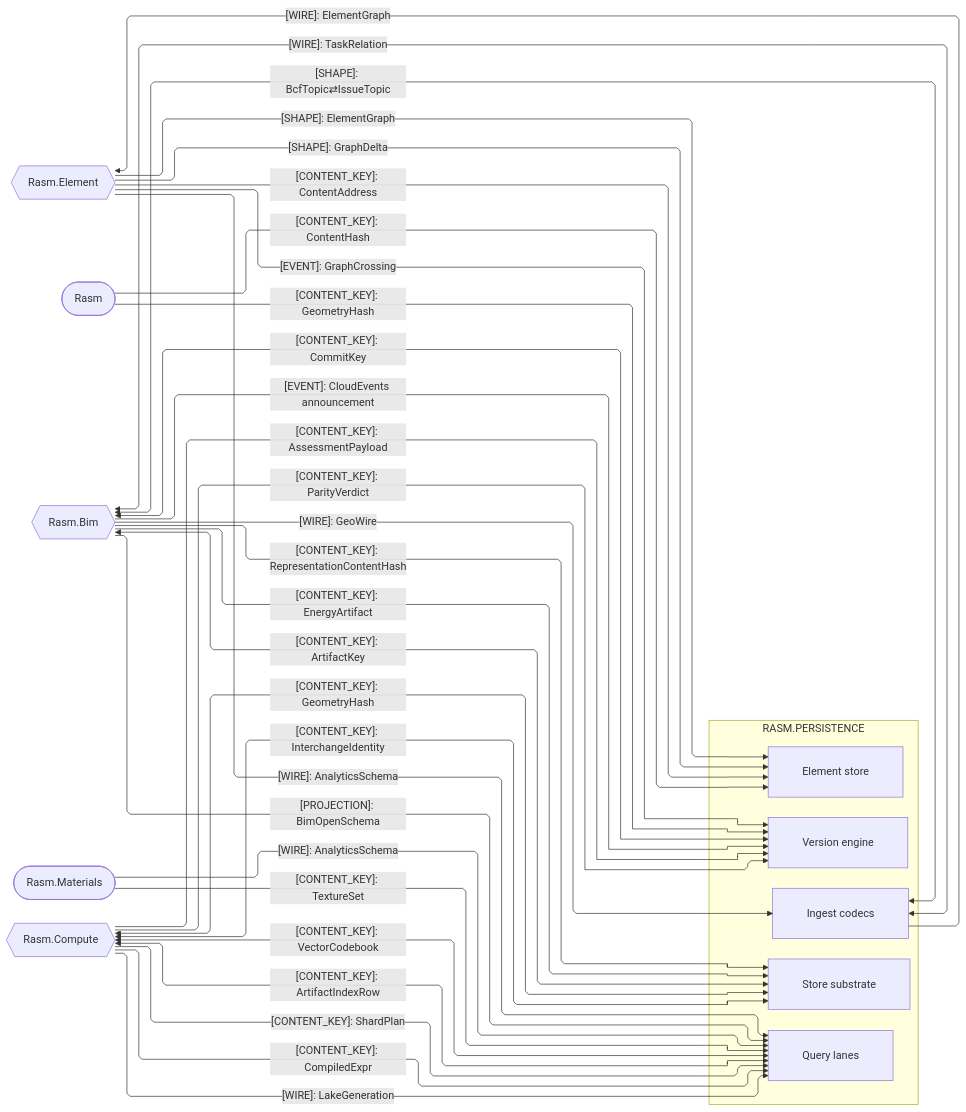
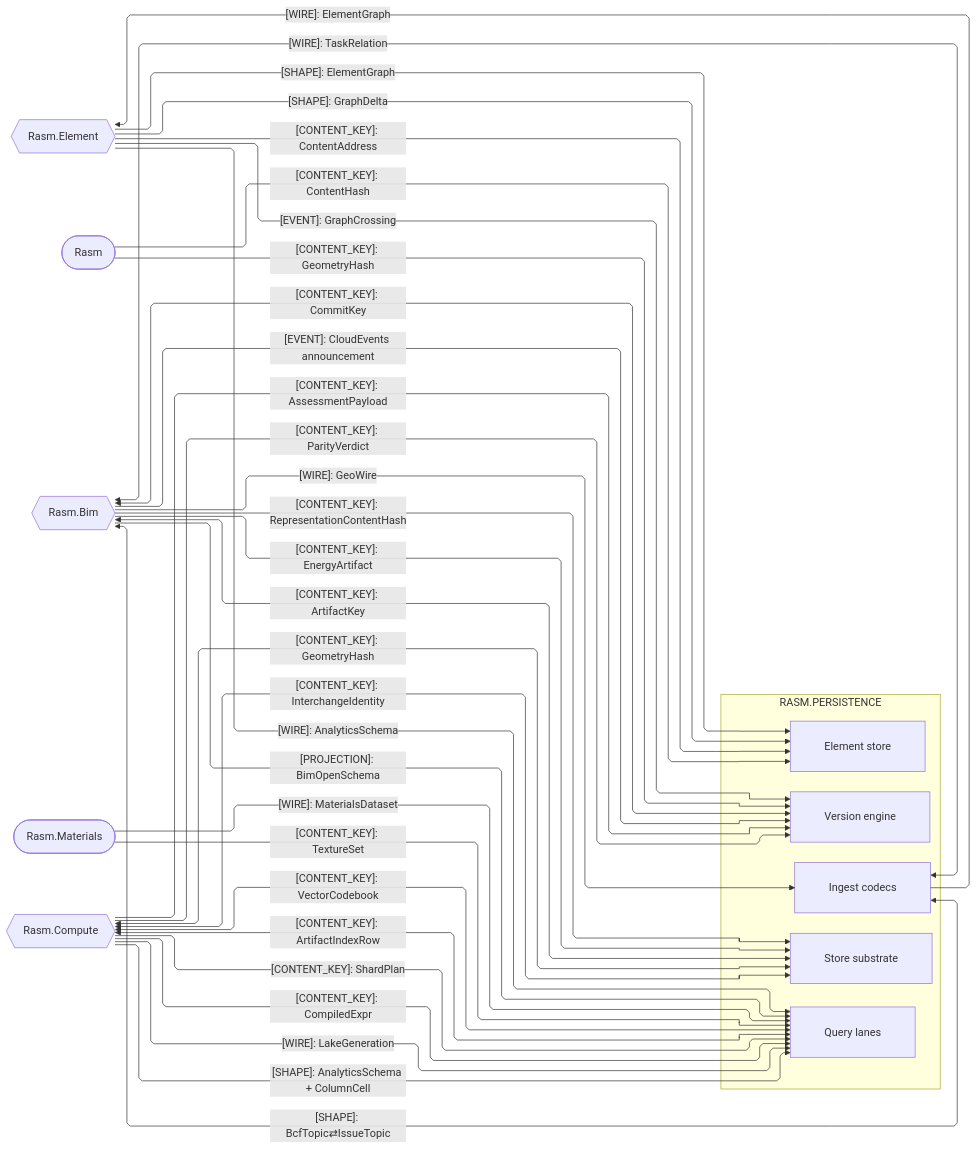
The second of 4 diagrams in libs/csharp/Rasm.Persistence/ARCHITECTURE.md (bsamiee/Rasm), drawn with Mermaid before and after one commit. The commit also changed other lines of this file and 115 other files, not shown here.

First line of the commit message:
Land the index-doc, cross-libs planning, and manifest delta

````diff
--- a/libs/csharp/Rasm.Persistence/ARCHITECTURE.md
+++ b/libs/csharp/Rasm.Persistence/ARCHITECTURE.md
@@ -99,52 +108,53 @@
 ```mermaid
 ---
 config:
   layout: elk
   flowchart:
     curve: linear
     padding: 25
 ---
 flowchart LR
     accTitle: Persistence domain and kernel content seams
     accDescr: Persistence sub-domain owners exchanging shapes, content keys, wires, and projections with the kernel and every AEC peer.
     subgraph persistence[RASM.PERSISTENCE]
         Element[Element store]
         Version[Version engine]
         Query[Query lanes]
         Ingest[Ingest codecs]
         Store[Store substrate]
     end
     RasmElement{{Rasm.Element}}
     Rasm([Rasm])
     Bim{{Rasm.Bim}}
     Materials([Rasm.Materials])
     Compute{{Rasm.Compute}}
     RasmElement e1@-->|"[SHAPE]: ElementGraph"| Element
-    RasmElement e12@-->|"[SHAPE]: GraphDelta"| Element
-    RasmElement e13@-->|"[CONTENT_KEY]: ContentAddress"| Element
-    RasmElement e25@-->|"[EVENT]: GraphCrossing"| Version
-    Ingest e2@-->|"[WIRE]: ElementGraph"| RasmElement
-    Rasm e3@-->|"[CONTENT_KEY]: ContentHash"| Element
-    Rasm e4@-->|"[CONTENT_KEY]: GeometryHash"| Version
-    Bim e5@-->|"[PROJECTION]: BimOpenSchema"| Query
-    Bim e6@-->|"[CONTENT_KEY]: RepresentationContentHash"| Store
-    Bim e15@-->|"[CONTENT_KEY]: EnergyArtifact"| Store
-    Bim e16@<-->|"[CONTENT_KEY]: ArtifactKey"| Store
-    Bim e17@<-->|"[CONTENT_KEY]: CommitKey"| Version
-    Bim e18@-->|"[EVENT]: CloudEvents announcement"| Version
-    Ingest e7@<-->|"[WIRE]: TaskRelation"| Bim
-    Bim e14@-->|"[WIRE]: GeoWire"| Ingest
-    Ingest e30@<-->|"[SHAPE]: BcfTopic⇄IssueTopic"| Bim
-    RasmElement e27@-->|"[WIRE]: AnalyticsSchema"| Query
-    Materials e19@-->|"[WIRE]: AnalyticsSchema"| Query
-    Materials e28@-->|"[CONTENT_KEY]: TextureSet"| Query
-    Compute e8@-->|"[CONTENT_KEY]: AssessmentPayload"| Version
-    Compute e29@-->|"[CONTENT_KEY]: ParityVerdict"| Version
-    Compute e9@<-->|"[CONTENT_KEY]: VectorCodebook"| Query
-    Compute e10@<-->|"[CONTENT_KEY]: ArtifactIndexRow"| Query
-    Compute e20@-->|"[CONTENT_KEY]: ShardPlan"| Query
-    Compute e21@-->|"[CONTENT_KEY]: CompiledExpr"| Query
-    Compute e11@<-->|"[CONTENT_KEY]: GeometryHash"| Store
-    Compute e22@<-->|"[CONTENT_KEY]: InterchangeIdentity"| Store
-    Compute e26@-->|"[WIRE]: LakeGeneration"| Query
+    RasmElement e2@-->|"[SHAPE]: GraphDelta"| Element
+    RasmElement e3@-->|"[CONTENT_KEY]: ContentAddress"| Element
+    RasmElement e4@-->|"[EVENT]: GraphCrossing"| Version
+    Ingest e5@-->|"[WIRE]: ElementGraph"| RasmElement
+    Rasm e6@-->|"[CONTENT_KEY]: ContentHash"| Element
+    Rasm e7@-->|"[CONTENT_KEY]: GeometryHash"| Version
+    Bim e8@-->|"[PROJECTION]: BimOpenSchema"| Query
+    Bim e9@-->|"[CONTENT_KEY]: RepresentationContentHash"| Store
+    Bim e10@-->|"[CONTENT_KEY]: EnergyArtifact"| Store
+    Bim e11@<-->|"[CONTENT_KEY]: ArtifactKey"| Store
+    Bim e12@<-->|"[CONTENT_KEY]: CommitKey"| Version
+    Bim e13@-->|"[EVENT]: CloudEvents announcement"| Version
+    Ingest e14@<-->|"[WIRE]: TaskRelation"| Bim
+    Bim e15@-->|"[WIRE]: GeoWire"| Ingest
+    Ingest e16@<-->|"[SHAPE]: BcfTopic⇄IssueTopic"| Bim
+    RasmElement e17@-->|"[WIRE]: AnalyticsSchema"| Query
+    Materials e18@-->|"[WIRE]: MaterialsDataset"| Query
+    Materials e19@-->|"[CONTENT_KEY]: TextureSet"| Query
+    Compute e20@-->|"[CONTENT_KEY]: AssessmentPayload"| Version
+    Compute e21@-->|"[CONTENT_KEY]: ParityVerdict"| Version
+    Compute e22@<-->|"[CONTENT_KEY]: VectorCodebook"| Query
+    Compute e23@<-->|"[CONTENT_KEY]: ArtifactIndexRow"| Query
+    Compute e24@-->|"[CONTENT_KEY]: ShardPlan"| Query
+    Compute e25@-->|"[CONTENT_KEY]: CompiledExpr"| Query
+    Compute e26@<-->|"[CONTENT_KEY]: GeometryHash"| Store
+    Compute e27@<-->|"[CONTENT_KEY]: InterchangeIdentity"| Store
+    Compute e28@-->|"[WIRE]: LakeGeneration"| Query
+    Compute e29@-->|"[SHAPE]: AnalyticsSchema + ColumnCell"| Query
 ```
````
